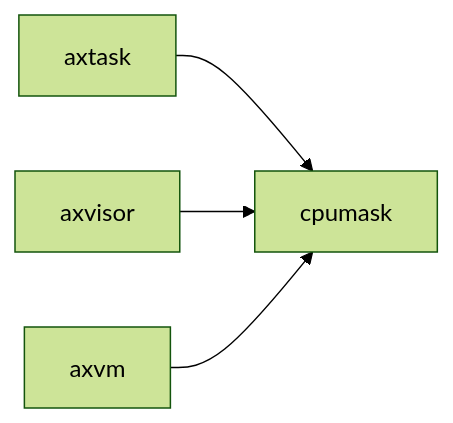
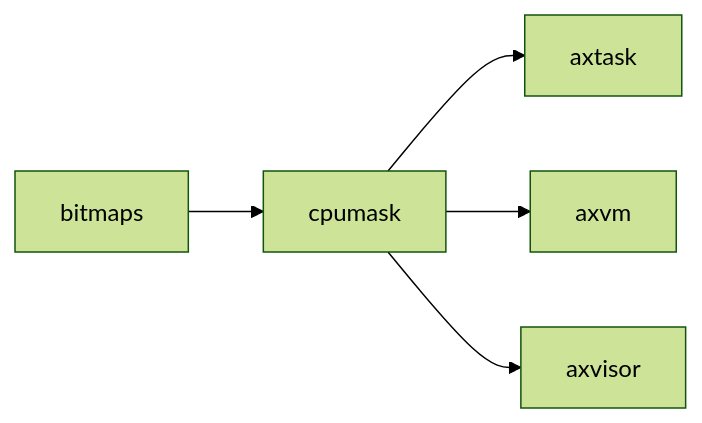
The diagram in docs/crates/cpumask.md (rcore-os/tgoskits), drawn with Mermaid (forest theme) before and after one commit. The commit also changed other lines of this file and 99 other files, not shown here.

````diff
--- a/docs/crates/cpumask.md
+++ b/docs/crates/cpumask.md
@@ -32,7 +59,7 @@
 ```mermaid
 graph LR
-    current["cpumask"]
-    axtask["axtask"] --> current
-    axvisor["axvisor"] --> current
-    axvm["axvm"] --> current
+    bitmaps["bitmaps"] --> cpumask["cpumask"]
+    cpumask --> axtask["axtask"]
+    cpumask --> axvm["axvm"]
+    cpumask --> axvisor["axvisor"]
 ```
````
